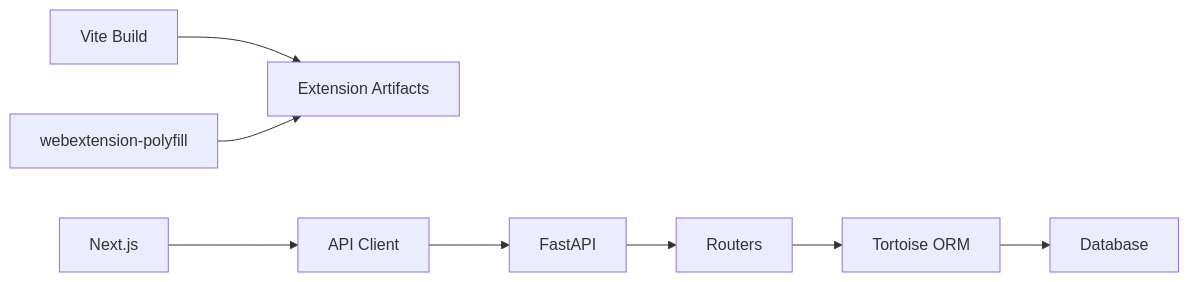
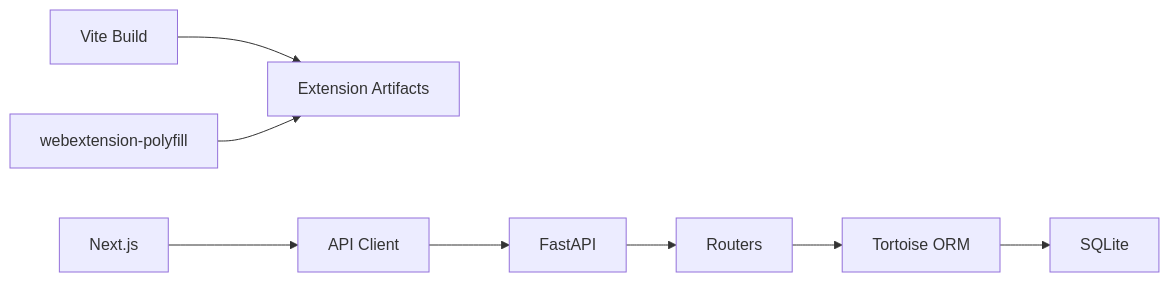
One commit to tashifkhan/tashif.codes changed the seventh of 7 diagrams in src/data/docs/mooc-utils/Project Overview/Architecture Overview.md. Above: the diagram before and after it, drawn with Mermaid. The commit also changed other lines of this file and 2128 other files, not shown here.

First line of the commit message:
docs: replace raster diagram images with native Mermaid across project guides

````diff
--- a/src/data/docs/mooc-utils/Project Overview/Architecture Overview.md
+++ b/src/data/docs/mooc-utils/Project Overview/Architecture Overview.md
@@ -218,10 +190,10 @@
 ```mermaid
 graph LR
 Vite["Vite Build"] --> EXT["Extension Artifacts"]
 Polyfill["webextension-polyfill"] --> EXT
 FastAPI["FastAPI"] --> Routers["Routers"]
 Routers --> DBLayer["Tortoise ORM"]
-DBLayer --> DB["Database"]
+DBLayer --> DB["SQLite"]
 Next["Next.js"] --> API["API Client"]
 API --> FastAPI
 ```
````
